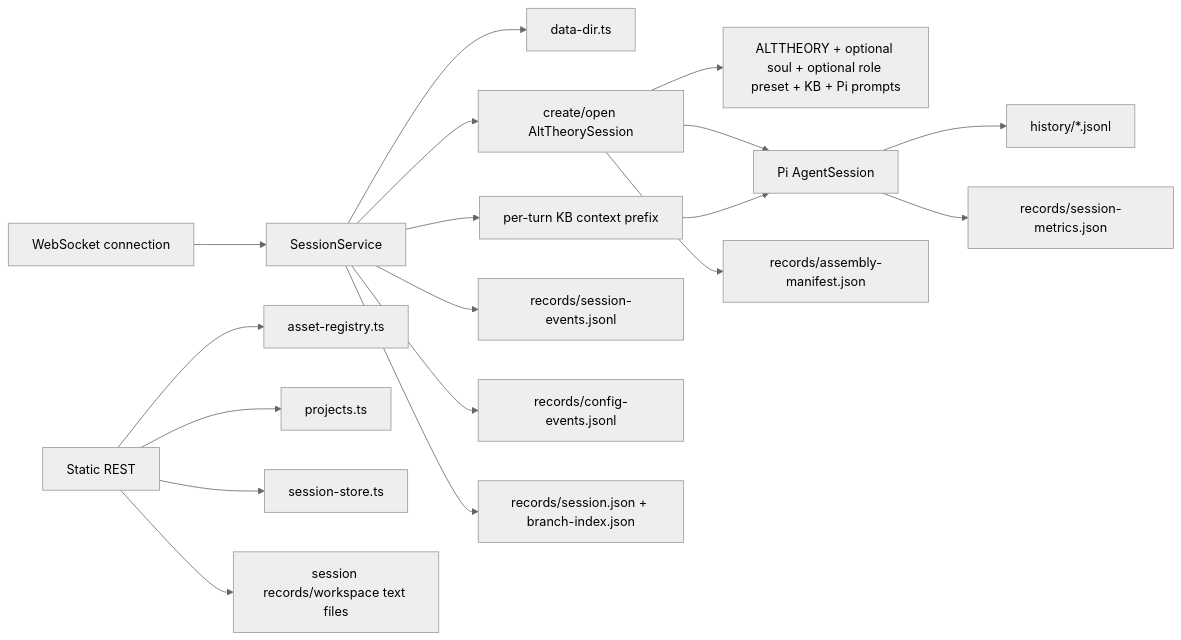
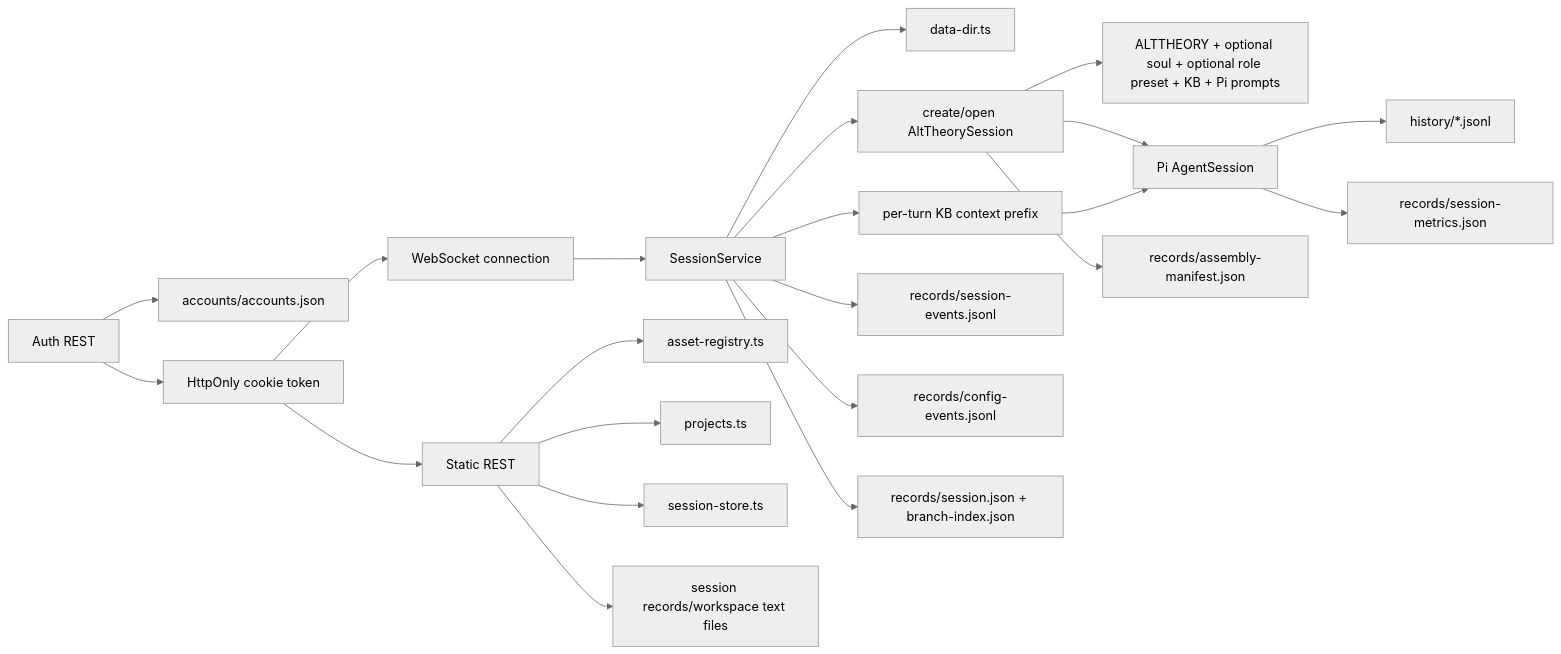
The diagram in project/architecture/core-session-engine.md (syuan-research/alt-theory), drawn with Mermaid (neutral theme) before and after one commit. The commit also changed other lines of this file and 2 other files, not shown here.

Commit message:
feature: accept pilot auth foundation

````diff
--- a/project/architecture/core-session-engine.md
+++ b/project/architecture/core-session-engine.md
@@ -65,20 +75,24 @@
 ```mermaid
 flowchart LR
   WS[WebSocket connection] --> Service[SessionService]
   Service --> Dirs[data-dir.ts]
   Service --> Core[create/open AltTheorySession]
   Core --> Assets[ALTTHEORY + optional soul + optional role preset + KB + Pi prompts]
   Core --> Pi[Pi AgentSession]
   Service --> Prefix[per-turn KB context prefix]
   Prefix --> Pi
   Pi --> JSONL[history/*.jsonl]
   Core --> Manifest[records/assembly-manifest.json]
   Pi --> Metrics[records/session-metrics.json]
   Service --> Events[records/session-events.jsonl]
   Service --> ConfigEvents[records/config-events.jsonl]
   Service --> V4Records[records/session.json + branch-index.json]
+  AuthRoutes[Auth REST] --> AuthStore[accounts/accounts.json]
+  AuthRoutes --> AuthCookie[HttpOnly cookie token]
+  AuthCookie --> WS
+  AuthCookie --> REST
   REST[Static REST] --> Registry[asset-registry.ts]
   REST --> Projects[projects.ts]
   REST --> Store[session-store.ts]
   REST --> SessionFiles[session records/workspace text files]
 ```
````
